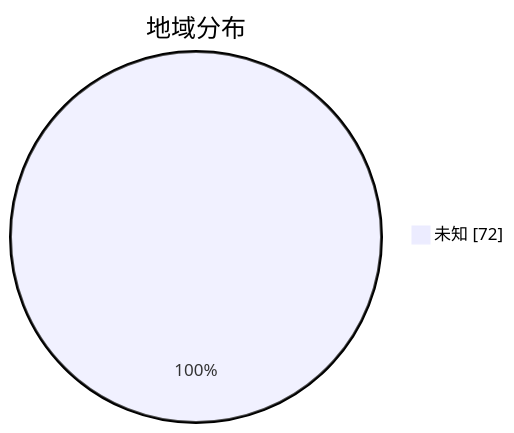
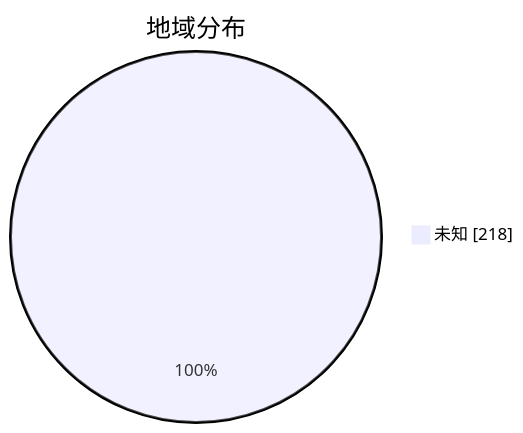
The second of 3 diagrams in subs/statistics/tested_within.md (qjlxg/airport), drawn with Mermaid before and after one commit. The commit also changed other lines of this file and 2 other files, not shown here.

````diff
--- a/subs/statistics/tested_within.md
+++ b/subs/statistics/tested_within.md
@@ -12,5 +13,5 @@
 ```mermaid
 pie showData
 title 地域分布
-"未知" : 72
+"未知" : 218
 ```
````
